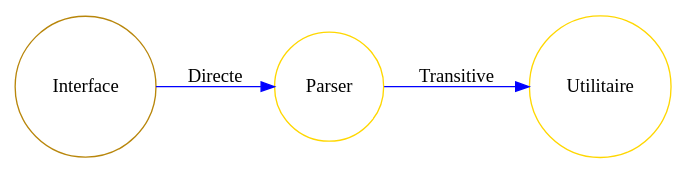
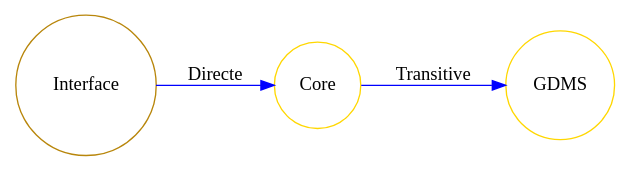
The diagram in Fonction/inheritance.gv (agueganno/S8-CoursOrbisGIS), drawn with Graphviz before and after one commit. The commit also changed 1 other file, not shown here.

Commit message:
Some fixes (GDMSQL -> SQL engine, inheritance schema, layout...) before going to the second session

```diff
--- a/Fonction/inheritance.gv
+++ b/Fonction/inheritance.gv
@@ -1,10 +1,10 @@
 digraph inheritance {
     rankdir=LR;
     size="8"
     node [shape = circle];
     Interface [color = darkgoldenrod];
-    Parser [color = gold];
-    Utilitaire [color = gold];
-    Interface -> Parser [ label = "Directe" color = blue ];
-    Parser -> Utilitaire [ label = "Transitive" color = blue ];
+    Core [color = gold];
+    GDMS [color = gold];
+    Interface -> Core [ label = "Directe" color = blue ];
+    Core -> GDMS [ label = "Transitive" color = blue ];
 }
```
